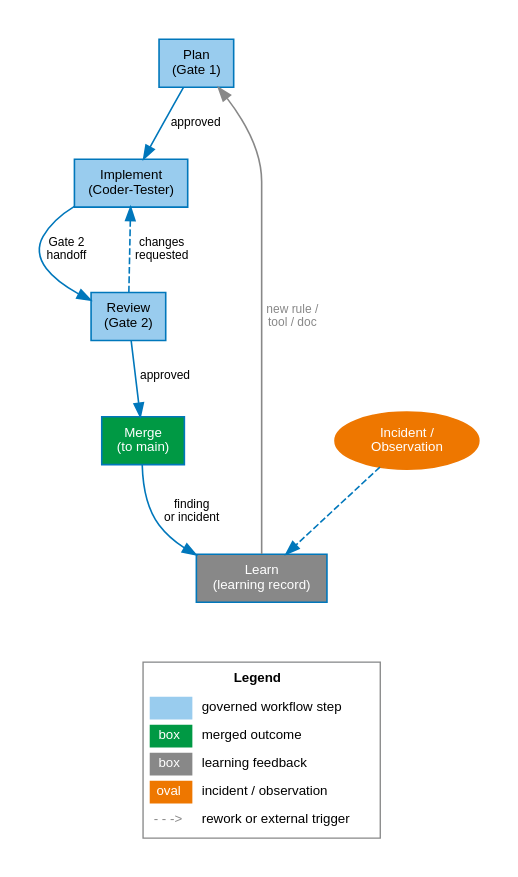
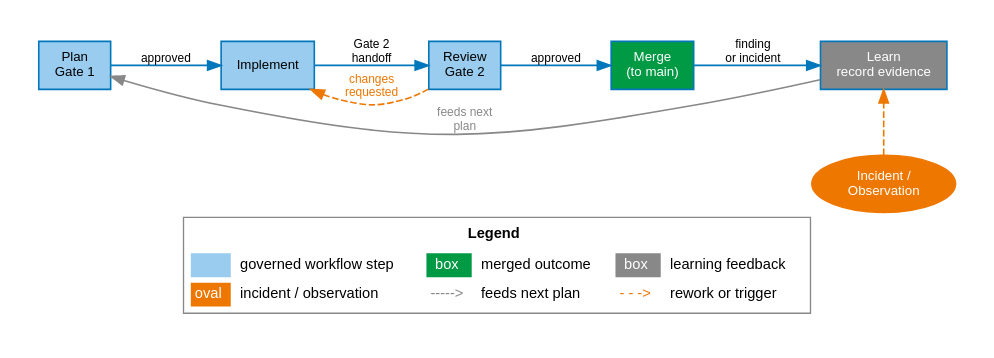
Before and after one commit to janipaijanen/agf-mirror: the diagram in agf/docs/figures/src/governance-loop.dot, drawn with Graphviz. The commit also changed 3 other files, not shown here.

```diff
--- a/agf/docs/figures/src/governance-loop.dot
+++ b/agf/docs/figures/src/governance-loop.dot
@@ -1,39 +1,45 @@
 // SPDX-License-Identifier: CC-BY-SA-4.0
 // agents-govern: self-applied governance loop
 // Generate: dot -Tsvg governance-loop.dot -o ../governance-loop.svg
 digraph governance_loop {
-    graph [rankdir=TB, splines=spline, pad=0.3, nodesep=0.5, ranksep=0.6,
-           fontname="Helvetica", fontsize=11]
+    graph [rankdir=LR, splines=spline, pad=0.3, nodesep=0.35, ranksep=0.55,
+           fontname="Helvetica", fontsize=11, labelloc=b, label=<
+        <TABLE BORDER="1" CELLBORDER="0" CELLSPACING="4" CELLPADDING="3" COLOR="#888888" BGCOLOR="white">
+            <TR><TD COLSPAN="6"><B>Legend</B></TD></TR>
+            <TR>
+                <TD BGCOLOR="#99CCEE" WIDTH="28"></TD><TD ALIGN="LEFT">governed workflow step</TD>
+                <TD BGCOLOR="#009944" WIDTH="28"><FONT COLOR="white">box</FONT></TD><TD ALIGN="LEFT">merged outcome</TD>
+                <TD BGCOLOR="#888888" WIDTH="28"><FONT COLOR="white">box</FONT></TD><TD ALIGN="LEFT">learning feedback</TD>
+            </TR>
+            <TR>
+                <TD BGCOLOR="#EE7700" WIDTH="28"><FONT COLOR="white">oval</FONT></TD><TD ALIGN="LEFT">incident / observation</TD>
+                <TD><FONT COLOR="#888888">-----&gt;</FONT></TD><TD ALIGN="LEFT">feeds next plan</TD>
+                <TD><FONT COLOR="#EE7700">- - -&gt;</FONT></TD><TD ALIGN="LEFT">rework or trigger</TD>
+            </TR>
+        </TABLE>
+    >]
     node  [fontname="Helvetica", fontsize=10, style=filled, shape=box,
            fillcolor="#99CCEE", color="#0077BB", penwidth=1.2]
     edge  [fontname="Helvetica", fontsize=9, color="#0077BB", penwidth=1.2]
 
-    plan     [label="Plan\n(Gate 1)", fillcolor="#99CCEE"]
-    implement [label="Implement\n(Coder-Tester)"]
-    review   [label="Review\n(Gate 2)", fillcolor="#99CCEE"]
+    plan     [label="Plan\nGate 1", fillcolor="#99CCEE"]
+    implement [label="Implement"]
+    review   [label="Review\nGate 2", fillcolor="#99CCEE"]
     merge    [label="Merge\n(to main)", fillcolor="#009944", fontcolor=white]
-    learn    [label="Learn\n(learning record)", fillcolor="#888888", fontcolor=white]
+    learn    [label="Learn\nrecord evidence", fillcolor="#888888", fontcolor=white]
     incident [label="Incident /\nObservation", shape=ellipse, fillcolor="#EE7700",
               fontcolor=white, color="#EE7700"]
 
     plan     -> implement [label="approved"]
     implement -> review   [label="Gate 2\nhandoff"]
     review   -> merge     [label="approved"]
-    review   -> implement [label="changes\nrequested", style=dashed]
+    review   -> implement [label="changes\nrequested", style=dashed,
+                           color="#EE7700", fontcolor="#EE7700",
+                           constraint=false]
     merge    -> learn     [label="finding\nor incident"]
-    incident -> learn     [style=dashed]
-    learn    -> plan      [label="new rule /\ntool / doc", color="#888888",
-                           fontcolor="#888888"]
+    incident -> learn     [style=dashed, color="#EE7700", constraint=false]
+    learn    -> plan      [label="feeds next\nplan", color="#888888",
+                           fontcolor="#888888", constraint=false]
 
-    legend [shape=plain, label=<
-        <TABLE BORDER="1" CELLBORDER="0" CELLSPACING="4" CELLPADDING="3" COLOR="#888888" BGCOLOR="white">
-            <TR><TD COLSPAN="2"><B>Legend</B></TD></TR>
-            <TR><TD BGCOLOR="#99CCEE" WIDTH="28"></TD><TD ALIGN="LEFT">governed workflow step</TD></TR>
-            <TR><TD BGCOLOR="#009944" WIDTH="28"><FONT COLOR="white">box</FONT></TD><TD ALIGN="LEFT">merged outcome</TD></TR>
-            <TR><TD BGCOLOR="#888888" WIDTH="28"><FONT COLOR="white">box</FONT></TD><TD ALIGN="LEFT">learning feedback</TD></TR>
-            <TR><TD BGCOLOR="#EE7700" WIDTH="28"><FONT COLOR="white">oval</FONT></TD><TD ALIGN="LEFT">incident / observation</TD></TR>
-            <TR><TD><FONT COLOR="#888888">- - -&gt;</FONT></TD><TD ALIGN="LEFT">rework or external trigger</TD></TR>
-        </TABLE>
-    >]
-    learn -> legend [style=invis]
+    { rank=same; incident; learn }
 }
```
